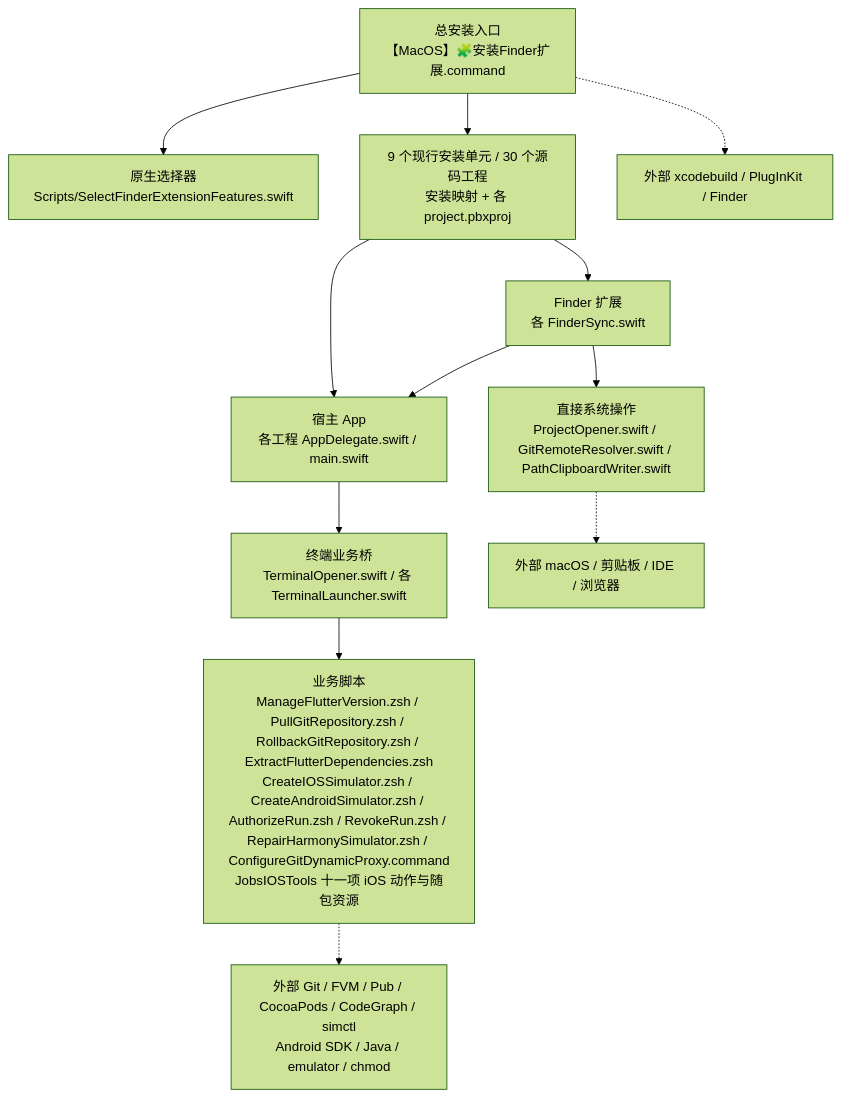
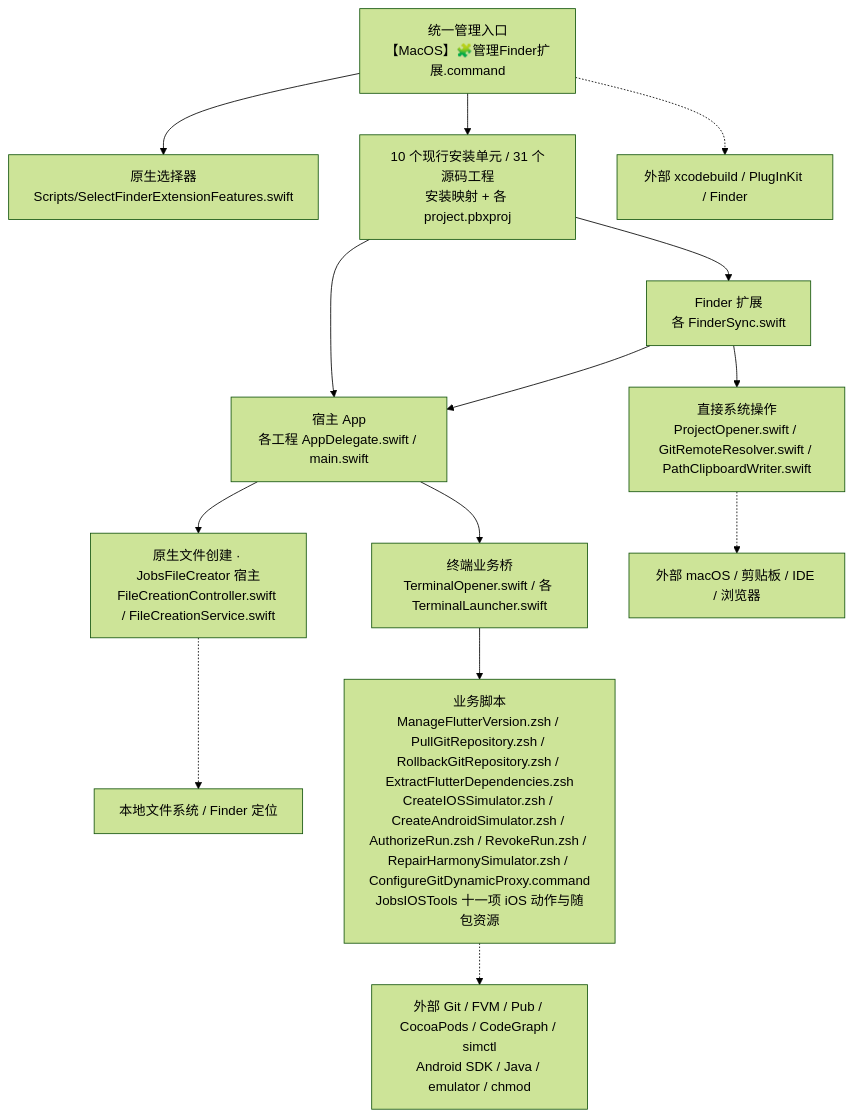
The first of 3 diagrams in README.md (JobsKits/MacOS_Extension), drawn with Mermaid (forest theme) before and after one commit. The commit also changed other lines of this file and 406 other files, not shown here.

````diff
--- a/README.md
+++ b/README.md
@@ -444,14 +472,16 @@
 ```mermaid
 flowchart TD
-    A["总安装入口<br/>【MacOS】🧩安装Finder扩展.command"] --> B["原生选择器<br/>Scripts/SelectFinderExtensionFeatures.swift"]
-    A --> C["9 个现行安装单元 / 30 个源码工程<br/>安装映射 + 各 project.pbxproj"]
+    A["统一管理入口<br/>【MacOS】🧩管理Finder扩展.command"] --> B["原生选择器<br/>Scripts/SelectFinderExtensionFeatures.swift"]
+    A --> C["10 个现行安装单元 / 31 个源码工程<br/>安装映射 + 各 project.pbxproj"]
     C --> D["宿主 App<br/>各工程 AppDelegate.swift / main.swift"]
     C --> E["Finder 扩展<br/>各 FinderSync.swift"]
     E --> F["直接系统操作<br/>ProjectOpener.swift / GitRemoteResolver.swift / PathClipboardWriter.swift"]
     E --> D
+    D --> N["原生文件创建 · JobsFileCreator 宿主<br/>FileCreationController.swift / FileCreationService.swift"]
+    N -.-> O["本地文件系统 / Finder 定位"]
     D --> G["终端业务桥<br/>TerminalOpener.swift / 各 TerminalLauncher.swift"]
     G --> H["业务脚本<br/>ManageFlutterVersion.zsh / PullGitRepository.zsh / RollbackGitRepository.zsh / ExtractFlutterDependencies.zsh<br/>CreateIOSSimulator.zsh / CreateAndroidSimulator.zsh / AuthorizeRun.zsh / RevokeRun.zsh / RepairHarmonySimulator.zsh / ConfigureGitDynamicProxy.command<br/>JobsIOSTools 十一项 iOS 动作与随包资源"]
     F -.-> I["外部 macOS / 剪贴板 / IDE / 浏览器"]
     H -.-> J["外部 Git / FVM / Pub / CocoaPods / CodeGraph / simctl<br/>Android SDK / Java / emulator / chmod"]
     A -.-> K["外部 xcodebuild / PlugInKit / Finder"]
 ```
````
